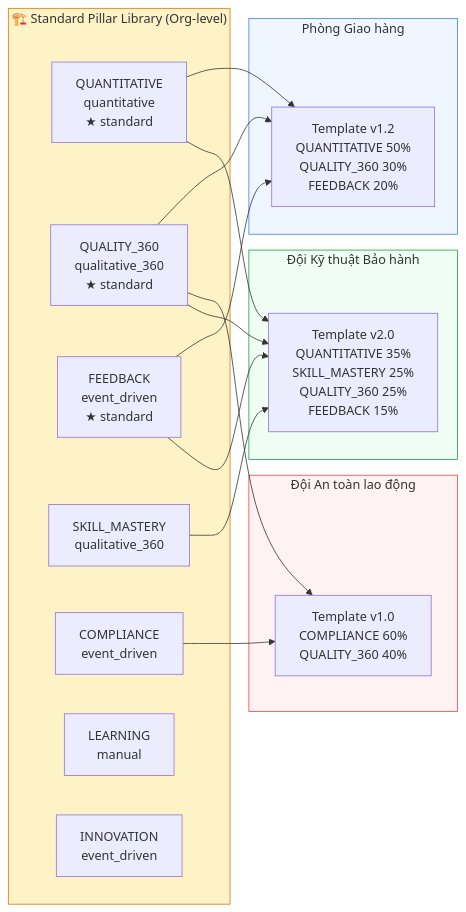
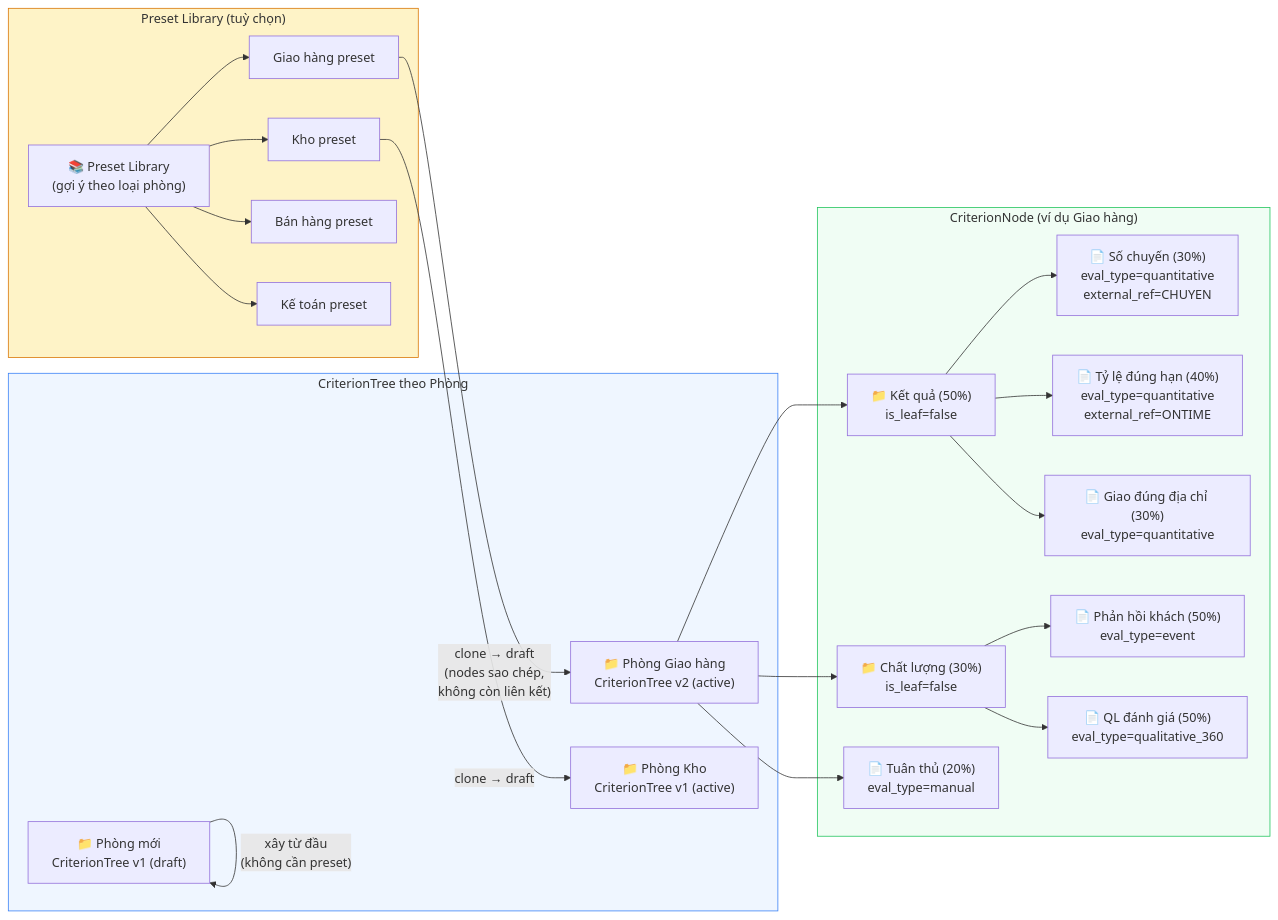
Before and after one commit to META-SkyNet/eval_system_package: diagram 12 of 12 in docs/system-diagrams.md, drawn with Mermaid. The commit also changed other lines of this file, not shown here.

First line of the commit message:
fix: rewrite system-diagrams with CriterionTree ERD and updated flows

````diff
--- a/docs/system-diagrams.md
+++ b/docs/system-diagrams.md
@@ -605,41 +609,42 @@
 ```mermaid
 graph LR
-    subgraph Library["🏗️ Standard Pillar Library (Org-level)"]
-        PL1["QUANTITATIVE\nquantitative\n★ standard"]
-        PL2["QUALITY_360\nqualitative_360\n★ standard"]
-        PL3["FEEDBACK\nevent_driven\n★ standard"]
-        PL4["SKILL_MASTERY\nqualitative_360"]
-        PL5["COMPLIANCE\nevent_driven"]
-        PL6["LEARNING\nmanual"]
-        PL7["INNOVATION\nevent_driven"]
+    subgraph Presets["Preset Library (tuỳ chọn)"]
+        PL["📚 Preset Library\n(gợi ý theo loại phòng)"]
+        P_GH["Giao hàng preset"]
+        P_KHO["Kho preset"]
+        P_BH["Bán hàng preset"]
+        P_KT["Kế toán preset"]
+        PL --> P_GH & P_KHO & P_BH & P_KT
     end
 
-    subgraph Dept1["Phòng Giao hàng"]
-        T1["Template v1.2\nQUANTITATIVE 50%\nQUALITY_360 30%\nFEEDBACK 20%"]
+    subgraph Trees["CriterionTree theo Phòng"]
+        T_GH["📁 Phòng Giao hàng\nCriterionTree v2 (active)"]
+        T_KHO["📁 Phòng Kho\nCriterionTree v1 (active)"]
+        T_NEW["📁 Phòng mới\nCriterionTree v1 (draft)"]
     end
 
-    subgraph Dept2["Đội An toàn lao động"]
-        T2["Template v1.0\nCOMPLIANCE 60%\nQUALITY_360 40%"]
+    subgraph Nodes["CriterionNode (ví dụ Giao hàng)"]
+        N1["📁 Kết quả (50%)\nis_leaf=false"]
+        N1A["📄 Số chuyến (30%)\neval_type=quantitative\nexternal_ref=CHUYEN"]
+        N1B["📄 Tỷ lệ đúng hạn (40%)\neval_type=quantitative\nexternal_ref=ONTIME"]
+        N1C["📄 Giao đúng địa chỉ (30%)\neval_type=quantitative"]
+        N2["📁 Chất lượng (30%)\nis_leaf=false"]
+        N2A["📄 Phản hồi khách (50%)\neval_type=event"]
+        N2B["📄 QL đánh giá (50%)\neval_type=qualitative_360"]
+        N3["📄 Tuân thủ (20%)\neval_type=manual"]
     end
 
-    subgraph Dept3["Đội Kỹ thuật Bảo hành"]
-        T3["Template v2.0\nQUANTITATIVE 35%\nSKILL_MASTERY 25%\nQUALITY_360 25%\nFEEDBACK 15%"]
-    end
+    P_GH -->|"clone → draft\n(nodes sao chép,\nkhông còn liên kết)"| T_GH
+    P_KHO -->|"clone → draft"| T_KHO
+    T_NEW -->|"xây từ đầu\n(không cần preset)"| T_NEW
 
-    PL1 --> T1
-    PL2 --> T1
-    PL3 --> T1
+    T_GH --> N1
+    N1 --> N1A & N1B & N1C
+    T_GH --> N2
+    N2 --> N2A & N2B
+    T_GH --> N3
 
-    PL5 --> T2
-    PL2 --> T2
-
-    PL1 --> T3
-    PL4 --> T3
-    PL2 --> T3
-    PL3 --> T3
-
-    style Library fill:#FEF3C7,stroke:#D97706
-    style Dept1 fill:#EFF6FF,stroke:#3B82F6
-    style Dept2 fill:#FEF2F2,stroke:#EF4444
-    style Dept3 fill:#F0FDF4,stroke:#16A34A
+    style Presets fill:#FEF3C7,stroke:#D97706
+    style Trees fill:#EFF6FF,stroke:#3B82F6
+    style Nodes fill:#F0FDF4,stroke:#22C55E
 ```
````
